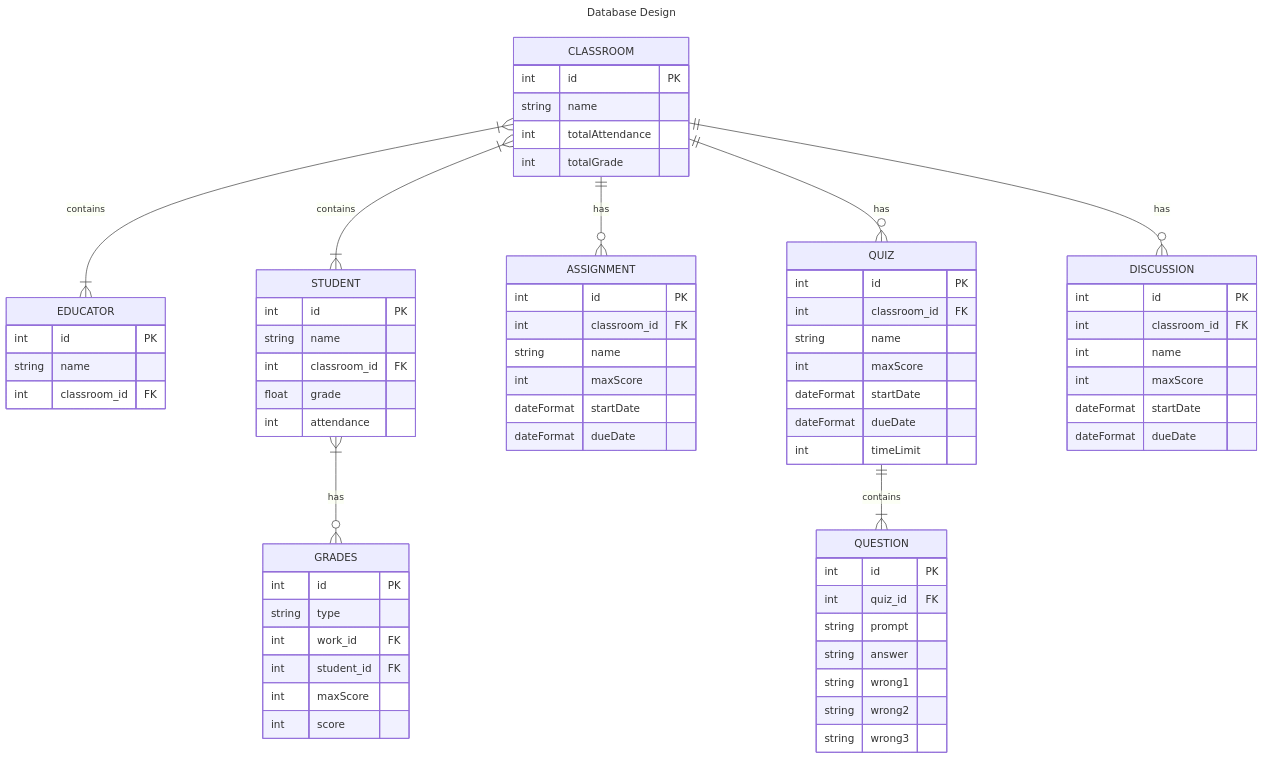
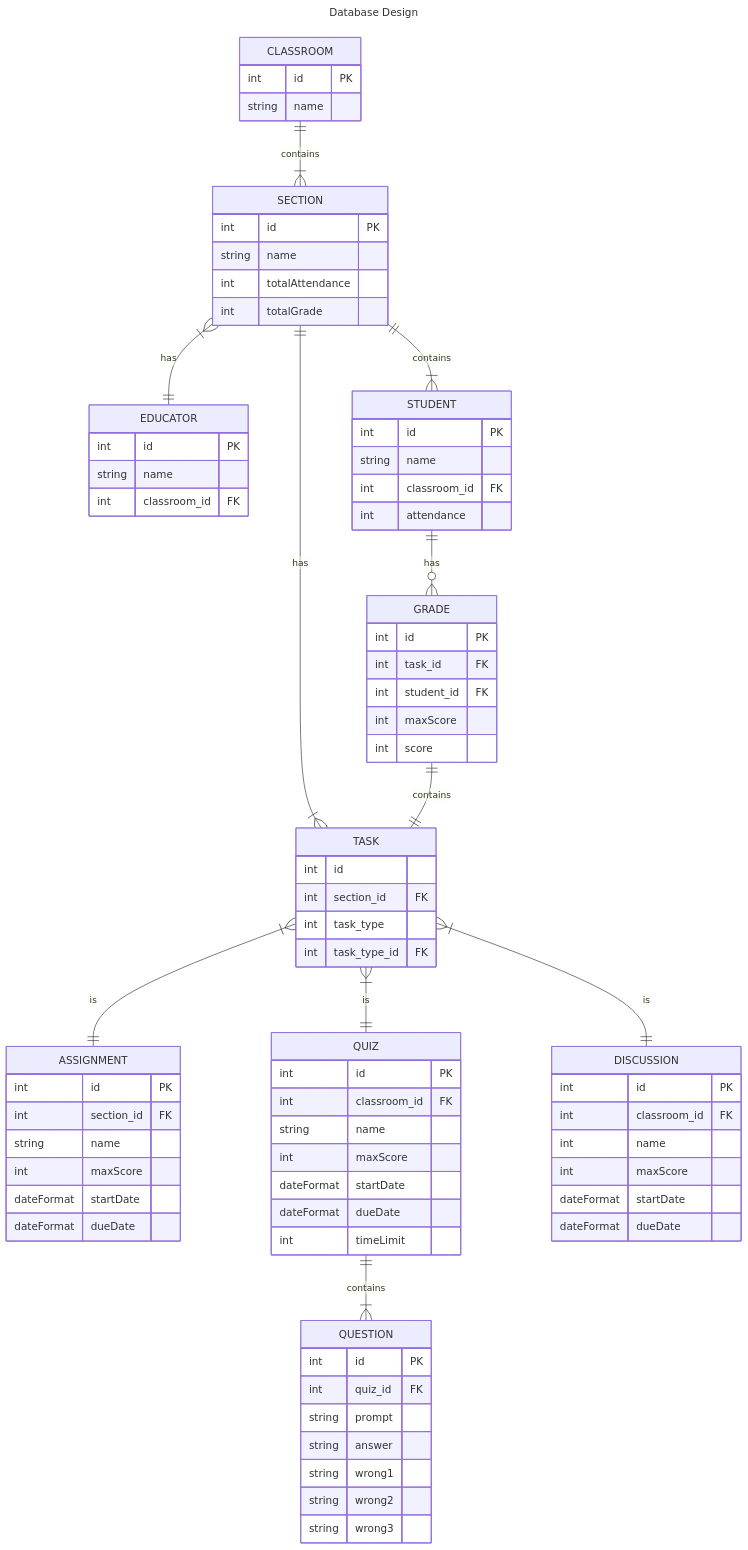
Before and after one commit to Capstone-Projects-2023-Spring/project-discord-classroom: the second of 8 diagrams in documentation/docs/system-architecture/design.md, drawn with Mermaid. The commit also changed other lines of this file, not shown here.

Commit message:
Database with sections

````diff
--- a/documentation/docs/system-architecture/design.md
+++ b/documentation/docs/system-architecture/design.md
@@ -51,6 +51,10 @@
 ---
 erDiagram
     CLASSROOM {
+        int id PK
+        string name
+    }
+    SECTION {
         int id PK
         string name
         int totalAttendance
@@ -65,12 +69,17 @@
         int id PK
         string name
         int classroom_id FK
-        float grade
         int attendance
+    }
+    TASK {
+        int id
+        int section_id FK
+        int task_type
+        int task_type_id FK
     }
     ASSIGNMENT {
         int id PK
-        int classroom_id FK
+        int section_id FK
         string name
         int maxScore
         dateFormat startDate
@@ -102,19 +111,21 @@
        dateFormat startDate
        dateFormat dueDate 
     }
-    GRADES {
+    GRADE {
         int id PK
-        string type
-        int work_id FK
+        int task_id FK
         int student_id FK
         int maxScore
         int score
     }
-    CLASSROOM }|--|{ EDUCATOR : contains
-    CLASSROOM }|--|{ STUDENT : contains
-    CLASSROOM ||--o{ ASSIGNMENT : has
-    CLASSROOM ||--o{ QUIZ : has
-    CLASSROOM ||--o{ DISCUSSION : has
+    CLASSROOM ||--|{ SECTION : contains
+    SECTION ||--|{ STUDENT : contains
+    SECTION || -- |{ TASK : has
+    TASK }|--|| ASSIGNMENT : is
+    TASK }|--|| QUIZ : is
+    TASK }|--|| DISCUSSION : is
     QUIZ ||--|{ QUESTION : contains
-    STUDENT }|--o{ GRADES : has
+    STUDENT ||--o{ GRADE : has
+    SECTION }|--|| EDUCATOR : has
+    GRADE || -- || TASK : contains
 ```
````
